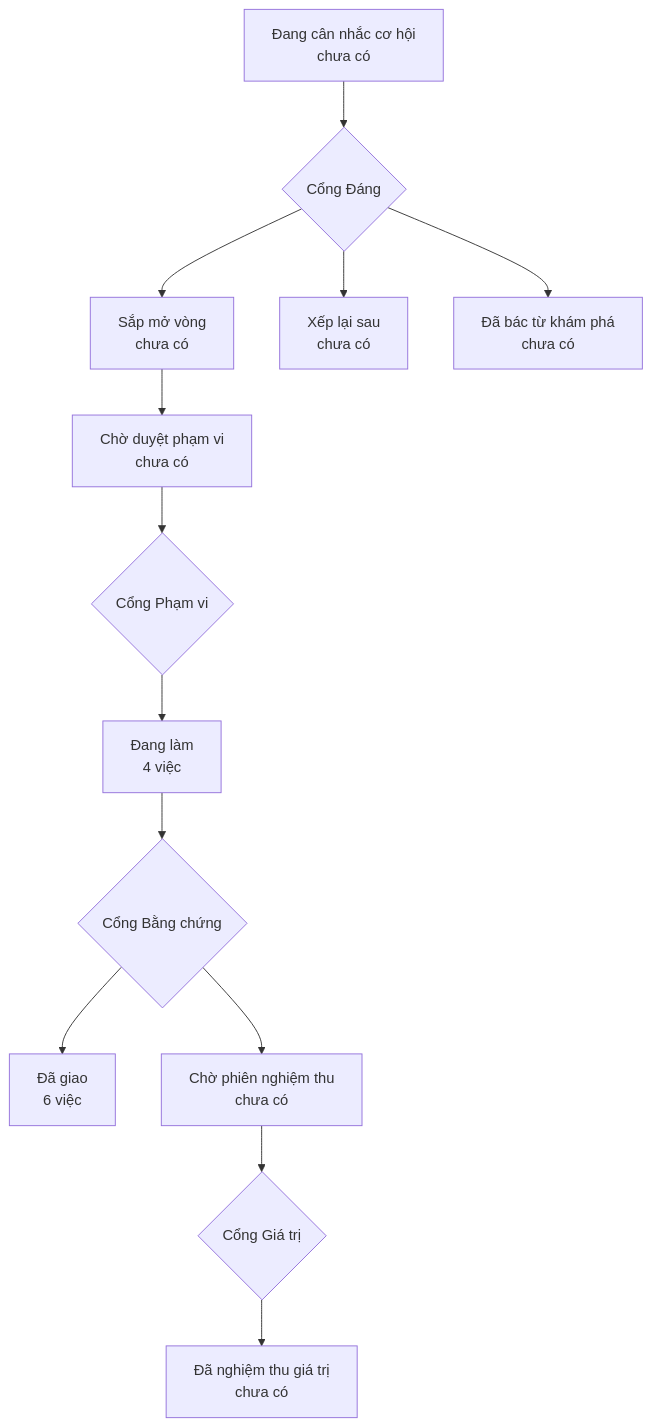
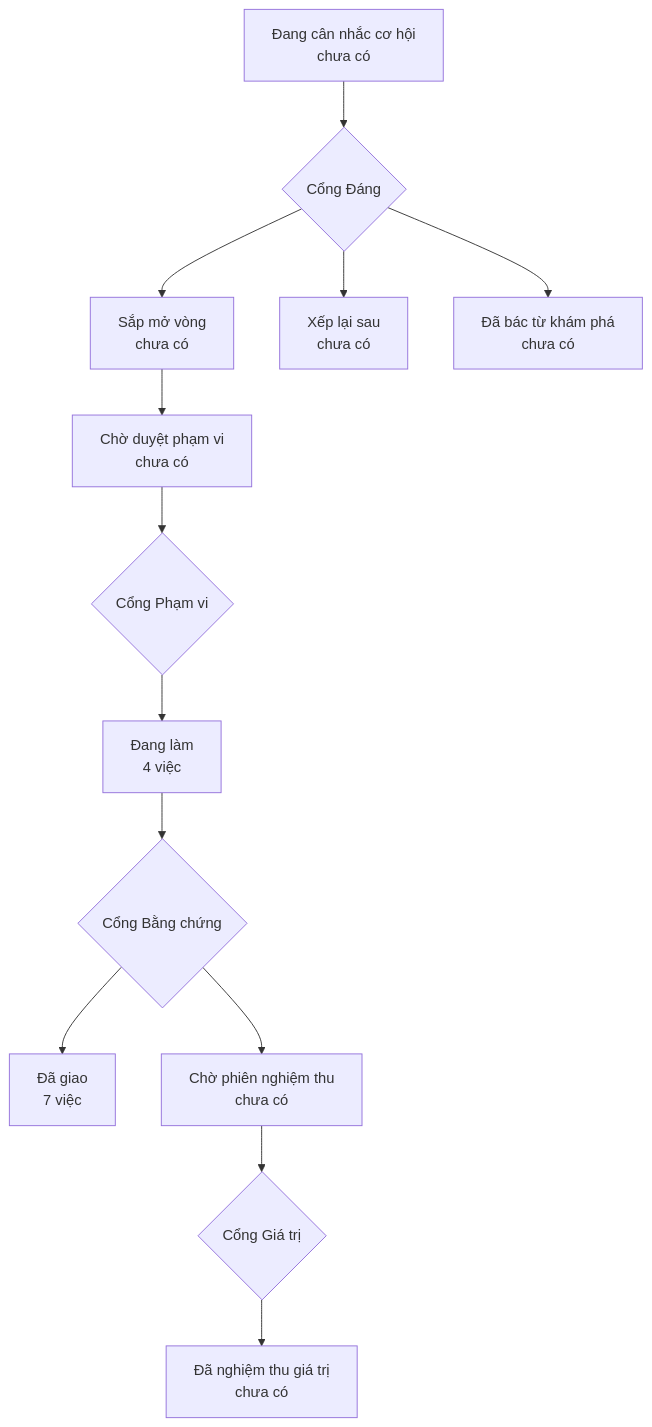
The diagram in PRODUCT-MAP.md (phanlemanh/crm-onehub), drawn with Mermaid before and after one commit. The commit also changed other lines of this file and 3 other files, not shown here.

````diff
--- a/PRODUCT-MAP.md
+++ b/PRODUCT-MAP.md
@@ -6,12 +6,12 @@
 ```mermaid
 flowchart TD
   A["Đang cân nhắc cơ hội<br/>chưa có"] --> GD{"Cổng Đáng"}
   GD --> B["Sắp mở vòng<br/>chưa có"]
   GD --> XL["Xếp lại sau<br/>chưa có"]
   GD --> DB["Đã bác từ khám phá<br/>chưa có"]
   B --> CD["Chờ duyệt phạm vi<br/>chưa có"] --> GP{"Cổng Phạm vi"}
   GP --> DL["Đang làm<br/>4 việc"] --> GB{"Cổng Bằng chứng"}
-  GB --> DG["Đã giao<br/>6 việc"]
+  GB --> DG["Đã giao<br/>7 việc"]
   GB --> CN["Chờ phiên nghiệm thu<br/>chưa có"] --> GG{"Cổng Giá trị"}
   GG --> NT["Đã nghiệm thu giá trị<br/>chưa có"]
 ```
````
